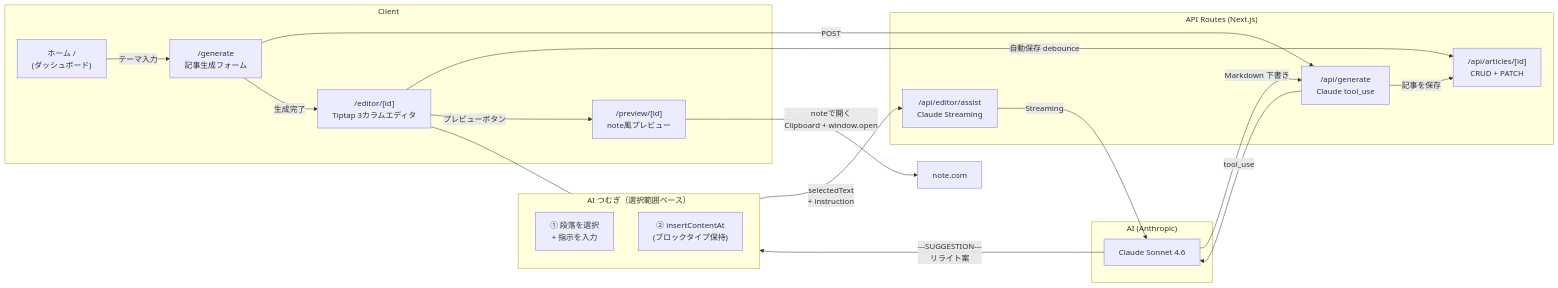
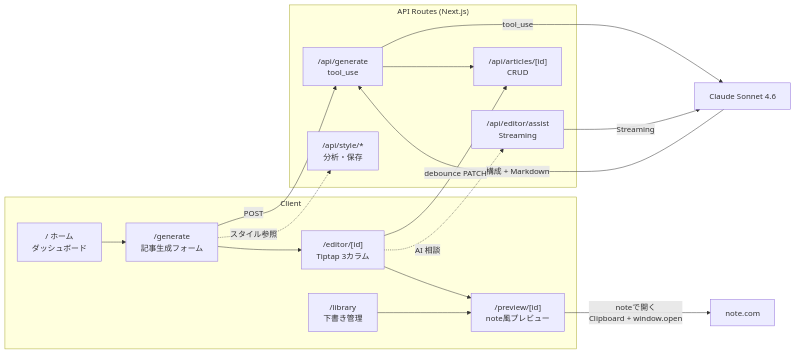
One commit to haruto-miyakawa/tsumugu changed the first of 2 diagrams in README.md. Above: the diagram before and after it, drawn with Mermaid. The commit also changed other lines of this file and 1 other file, not shown here.

````diff
--- a/README.md
+++ b/README.md
@@ -58,39 +74,36 @@
 ```mermaid
 graph LR
     subgraph Client
-        Home["ホーム /\n(ダッシュボード)"]
-        Generate["/generate\n記事生成フォーム"]
-        Editor["/editor/[id]\nTiptap 3カラムエディタ"]
-        Preview["/preview/[id]\nnote風プレビュー"]
+        Home["/ ホーム<br/>ダッシュボード"]
+        Generate["/generate<br/>記事生成フォーム"]
+        Editor["/editor/[id]<br/>Tiptap 3カラム"]
+        Preview["/preview/[id]<br/>note風プレビュー"]
+        Library["/library<br/>下書き管理"]
     end
 
     subgraph "API Routes (Next.js)"
-        GenAPI["/api/generate\nClaude tool_use"]
-        AssistAPI["/api/editor/assist\nClaude Streaming"]
-        ArticleAPI["/api/articles/[id]\nCRUD + PATCH"]
+        GenAPI["/api/generate<br/>tool_use"]
+        AssistAPI["/api/editor/assist<br/>Streaming"]
+        ArticleAPI["/api/articles/[id]<br/>CRUD"]
+        StyleAPI["/api/style/*<br/>分析・保存"]
     end
 
-    subgraph "AI (Anthropic)"
-        Claude["Claude Sonnet 4.6"]
-    end
+    Claude["Claude Sonnet 4.6"]
+    Note["note.com"]
 
-    Home -->|"テーマ入力"| Generate
-    Generate -->|"POST"| GenAPI
-    GenAPI -->|"tool_use"| Claude
-    Claude -->|"Markdown 下書き"| GenAPI
-    GenAPI -->|"記事を保存"| ArticleAPI
-    Generate -->|"生成完了"| Editor
-    Editor -->|"自動保存 debounce"| ArticleAPI
-    Editor -->|"プレビューボタン"| Preview
-    Preview -->|"noteで開く\nClipboard + window.open"| Note["note.com"]
+    Home --> Generate
+    Generate -->|POST| GenAPI
+    GenAPI -->|tool_use| Claude
+    Claude -->|構成 + Markdown| GenAPI
+    GenAPI --> ArticleAPI
+    Generate --> Editor
+    Editor -->|debounce PATCH| ArticleAPI
+    Editor --> Preview
+    Library --> Preview
+    Preview -->|"noteで開く<br/>Clipboard + window.open"| Note
 
-    subgraph "AI つむぎ（選択範囲ベース）"
-        direction TB
-        Sel["① 段落を選択\n+ 指示を入力"]
-        Sel -->|"selectedText\n+ instruction"| AssistAPI
-        AssistAPI -->|"Streaming"| Claude
-        Claude -->|"---SUGGESTION---\nリライト案"| Insert["② insertContentAt\n(ブロックタイプ保持)"]
-    end
+    Editor -. AI 相談 .-> AssistAPI
+    AssistAPI -->|Streaming| Claude
 
-    Editor --- Sel
+    Generate -. スタイル参照 .-> StyleAPI
 ```
````
